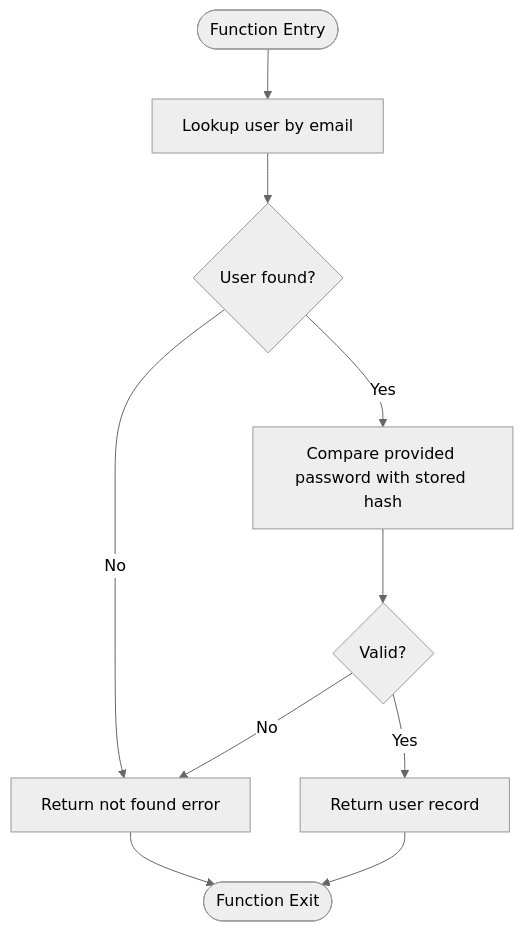
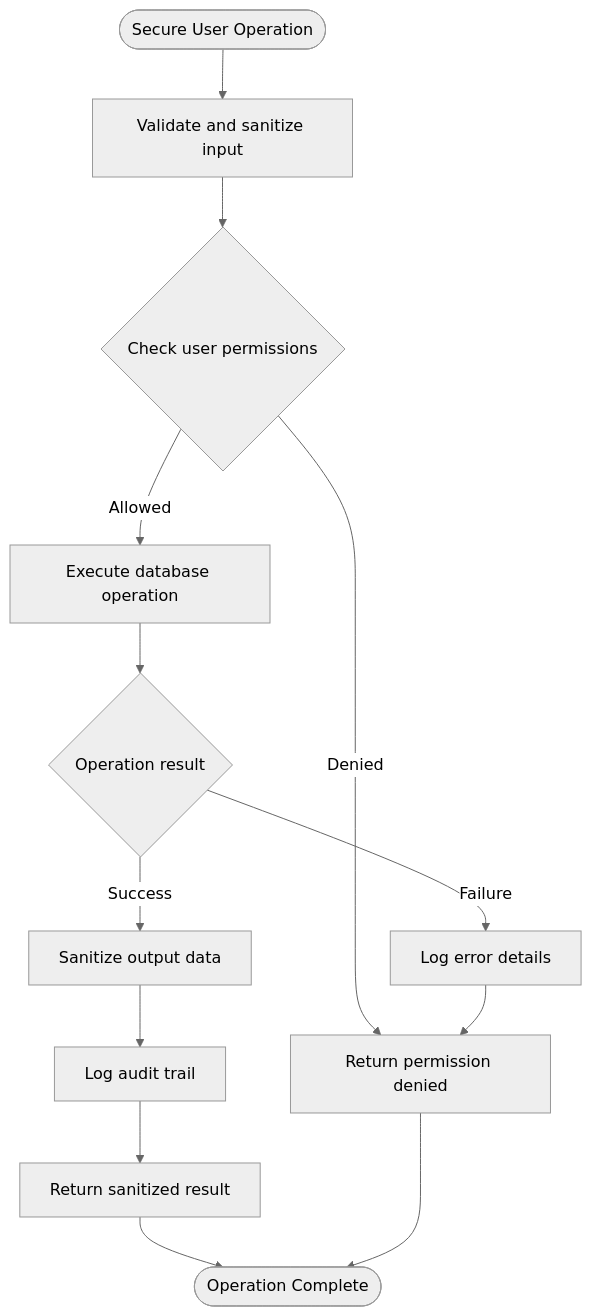
The fourth of 9 diagrams in .qoder/repowiki/en/content/Backend Architecture/Authentication & Authorization.md (HassanAmeer/cheaprouter), drawn with Mermaid (neutral theme) before and after one commit. The commit also changed other lines of this file and 54 other files, not shown here.

````diff
--- a/.qoder/repowiki/en/content/Backend Architecture/Authentication & Authorization.md
+++ b/.qoder/repowiki/en/content/Backend Architecture/Authentication & Authorization.md
@@ -187,12 +319,15 @@
 ```mermaid
 flowchart TD
-Start(["Function Entry"]) --> FindUser["Lookup user by email"]
-FindUser --> Found{"User found?"}
-Found --> |No| ReturnError["Return not found error"]
-Found --> |Yes| CompareHash["Compare provided password with stored hash"]
-CompareHash --> Valid{"Valid?"}
-Valid --> |No| ReturnError
-Valid --> |Yes| ReturnUser["Return user record"]
-ReturnUser --> End(["Function Exit"])
+Start(["Secure User Operation"]) --> ValidateInput["Validate and sanitize input"]
+ValidateInput --> CheckPermissions{"Check user permissions"}
+CheckPermissions --> |Denied| ReturnError["Return permission denied"]
+CheckPermissions --> |Allowed| ExecuteOperation["Execute database operation"]
+ExecuteOperation --> HandleResult{"Operation result"}
+HandleResult --> |Success| SanitizeOutput["Sanitize output data"]
+SanitizeOutput --> LogAudit["Log audit trail"]
+LogAudit --> ReturnSuccess["Return sanitized result"]
+HandleResult --> |Failure| LogError["Log error details"]
+LogError --> ReturnError
+ReturnSuccess --> End(["Operation Complete"])
 ReturnError --> End
 ```
````
